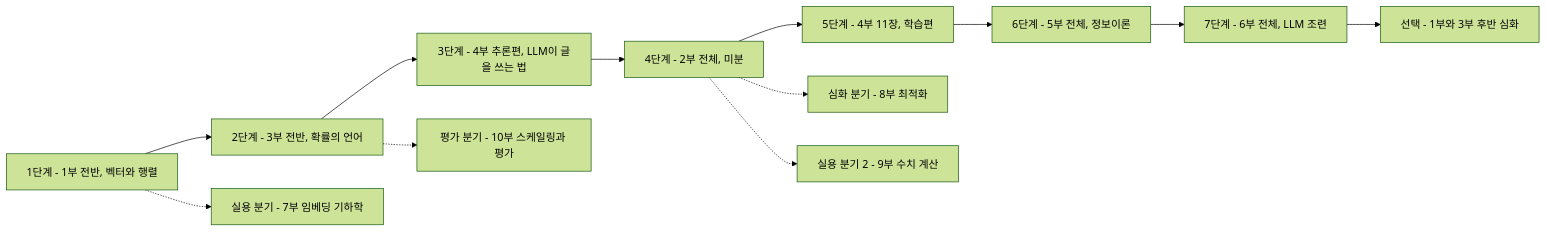
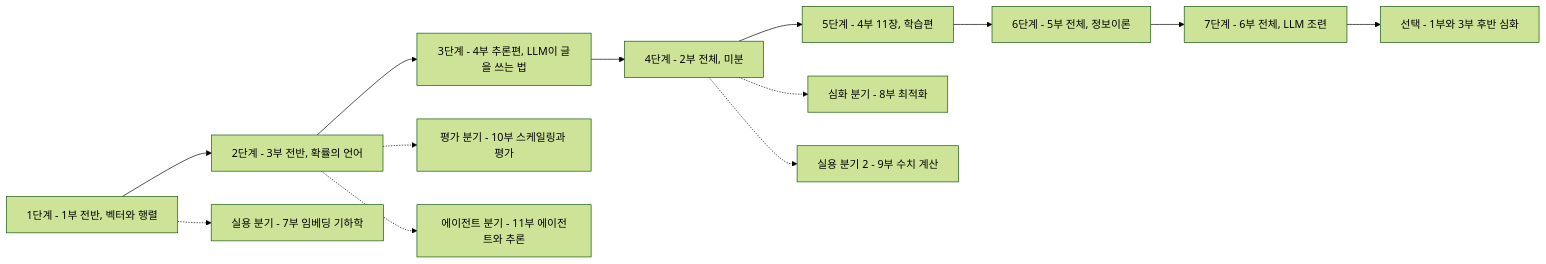
One commit to jiyupapa/math-platform changed the diagram in README.md. Above: the diagram before and after it, drawn with Mermaid (forest theme). The commit also changed other lines of this file and 78 other files, not shown here.

````diff
--- a/README.md
+++ b/README.md
@@ -31,14 +32,15 @@
 ```mermaid
 flowchart LR
     P1a[1단계 - 1부 전반, 벡터와 행렬] --> P3a[2단계 - 3부 전반, 확률의 언어]
     P3a --> P4a[3단계 - 4부 추론편, LLM이 글을 쓰는 법]
     P4a --> P2[4단계 - 2부 전체, 미분]
     P2 --> P4b[5단계 - 4부 11장, 학습편]
     P4b --> P5[6단계 - 5부 전체, 정보이론]
     P5 --> P6[7단계 - 6부 전체, LLM 조련]
     P6 --> OPT[선택 - 1부와 3부 후반 심화]
     P1a -.-> B7[실용 분기 - 7부 임베딩 기하학]
     P2 -.-> B8[심화 분기 - 8부 최적화]
     P2 -.-> B9[실용 분기 2 - 9부 수치 계산]
     P3a -.-> B10[평가 분기 - 10부 스케일링과 평가]
+    P3a -.-> B11[에이전트 분기 - 11부 에이전트와 추론]
 ```
````
